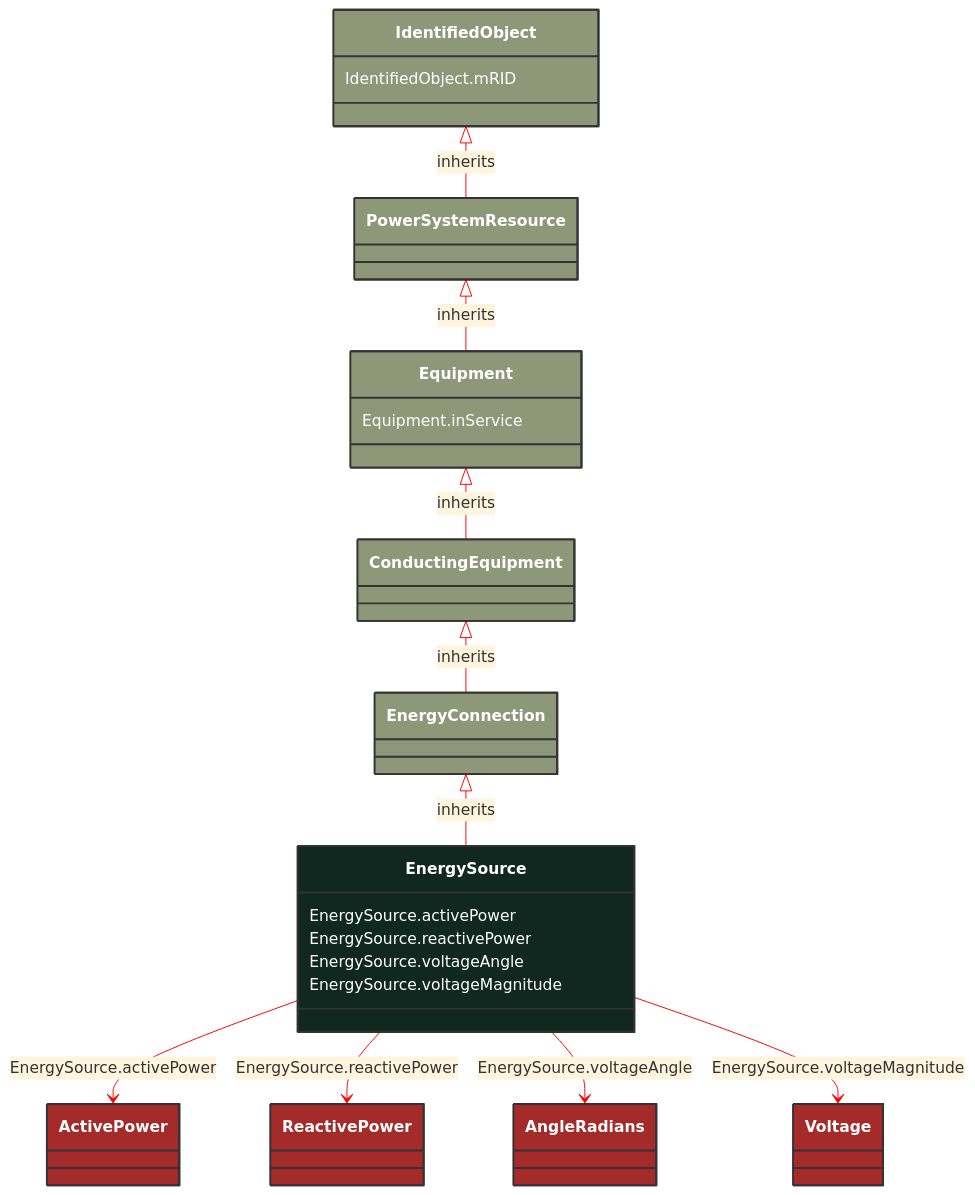
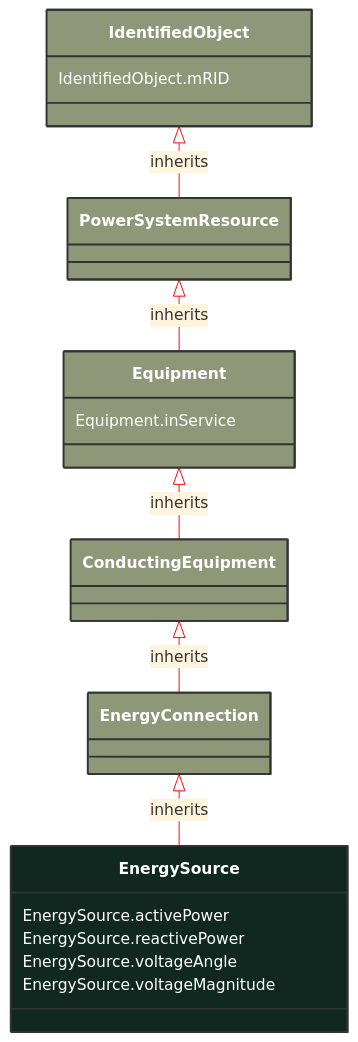
The diagram in docs/Models/Profiles/SteadyStateHypothesis/ConcreteClasses/EnergySource.md (3lbits/NoCIMExtensions), drawn with Mermaid before and after one commit. The commit also changed 397 other files, not shown here.

First line of the commit message:
Refactor CIM schemas to introduce abstract classes and consolidate data types

````diff
--- a/docs/Models/Profiles/SteadyStateHypothesis/ConcreteClasses/EnergySource.md
+++ b/docs/Models/Profiles/SteadyStateHypothesis/ConcreteClasses/EnergySource.md
@@ -8,56 +8,36 @@
 ```mermaid
 %%{init: {'theme':'base','themeVariables': {'lineColor': '#FF0000'}}}%%
 classDiagram
     class EnergySource
     click EnergySource href "/Models/Profiles/SteadyStateHypothesis/ConcreteClasses/EnergySource/"
     style EnergySource fill:#102820,stroke:#333,stroke-width:2px,rx:10,ry:10,color:white
      
         EnergyConnection <|-- EnergySource : inherits
             click EnergyConnection href "/Models/Profiles/SteadyStateHypothesis/ConcreteClasses/EnergyConnection/"
             style EnergyConnection fill:#8F9779,stroke:#333,stroke-width:2px,rx:10,ry:10,color:white
      
         ConductingEquipment <|-- EnergyConnection : inherits
             click ConductingEquipment href "/Models/Profiles/SteadyStateHypothesis/ConcreteClasses/ConductingEquipment/"
             style ConductingEquipment fill:#8F9779,stroke:#333,stroke-width:2px,rx:10,ry:10,color:white
      
         Equipment <|-- ConductingEquipment : inherits
             click Equipment href "/Models/Profiles/SteadyStateHypothesis/ConcreteClasses/Equipment/"
             style Equipment fill:#8F9779,stroke:#333,stroke-width:2px,rx:10,ry:10,color:white
      
         PowerSystemResource <|-- Equipment : inherits
             click PowerSystemResource href "/Models/Profiles/SteadyStateHypothesis/ConcreteClasses/PowerSystemResource/"
             style PowerSystemResource fill:#8F9779,stroke:#333,stroke-width:2px,rx:10,ry:10,color:white
      
         IdentifiedObject <|-- PowerSystemResource : inherits
             click IdentifiedObject href "/Models/Profiles/SteadyStateHypothesis/ConcreteClasses/IdentifiedObject/"
             style IdentifiedObject fill:#8F9779,stroke:#333,stroke-width:2px,rx:10,ry:10,color:white
 
-        EnergySource --> ActivePower : EnergySource.activePower
-
-        ActivePower
-            click ActivePower href "/Models/Profiles/SteadyStateHypothesis/ConcreteClasses/ActivePower/"
-            style ActivePower fill:#A52A2A,stroke:#333,stroke-width:2px,rx:10,ry:10,color:white
-        EnergySource --> ReactivePower : EnergySource.reactivePower
-
-        ReactivePower
-            click ReactivePower href "/Models/Profiles/SteadyStateHypothesis/ConcreteClasses/ReactivePower/"
-            style ReactivePower fill:#A52A2A,stroke:#333,stroke-width:2px,rx:10,ry:10,color:white
-        EnergySource --> AngleRadians : EnergySource.voltageAngle
-
-        AngleRadians
-            click AngleRadians href "/Models/Profiles/SteadyStateHypothesis/ConcreteClasses/AngleRadians/"
-            style AngleRadians fill:#A52A2A,stroke:#333,stroke-width:2px,rx:10,ry:10,color:white
-        EnergySource --> Voltage : EnergySource.voltageMagnitude
-
-        Voltage
-            click Voltage href "/Models/Profiles/SteadyStateHypothesis/ConcreteClasses/Voltage/"
-            style Voltage fill:#A52A2A,stroke:#333,stroke-width:2px,rx:10,ry:10,color:white
 
 
         EnergySource : EnergySource.activePower
         EnergySource : EnergySource.reactivePower
         EnergySource : EnergySource.voltageAngle
         EnergySource : EnergySource.voltageMagnitude
         Equipment : Equipment.inService
         IdentifiedObject : IdentifiedObject.mRID
 ```
````
